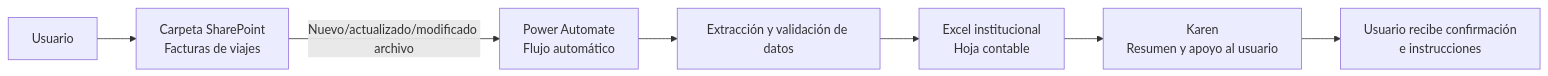
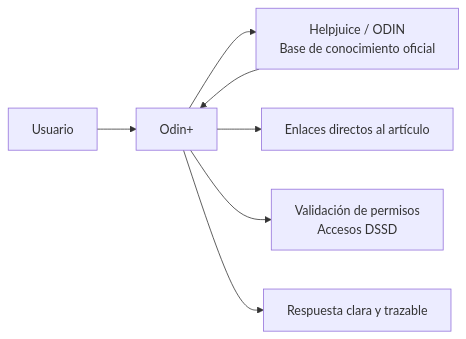
The first of 2 diagrams in README.md (lab-innovacion-caf/Agentes), drawn with Mermaid before and after one commit. The commit also changed other lines of this file, not shown here.

First line of the commit message:
Nuevo Readme

````diff
--- a/README.md
+++ b/README.md
@@ -93,9 +113,9 @@
 ```mermaid
 flowchart LR
-    U[Usuario] --> SP[Carpeta SharePoint<br>Facturas de viajes]
-    SP -->|Nuevo/actualizado/modificado archivo| PA[Power Automate<br>Flujo automático]
-    PA --> X[Extracción y validación de datos]
-    X --> E[Excel institucional<br>Hoja contable]
-    E --> K[Karen<br>Resumen y apoyo al usuario]
-    K --> U2[Usuario recibe confirmación<br>e instrucciones]
+    U[Usuario] --> O[Odin+]
+    O --> KB[Helpjuice / ODIN<br>Base de conocimiento oficial]
+    O --> L[Enlaces directos al artículo]
+    O --> A[Validación de permisos<br>Accesos DSSD]
+    KB --> O
+    O --> U2[Respuesta clara y trazable]
 ```
````
